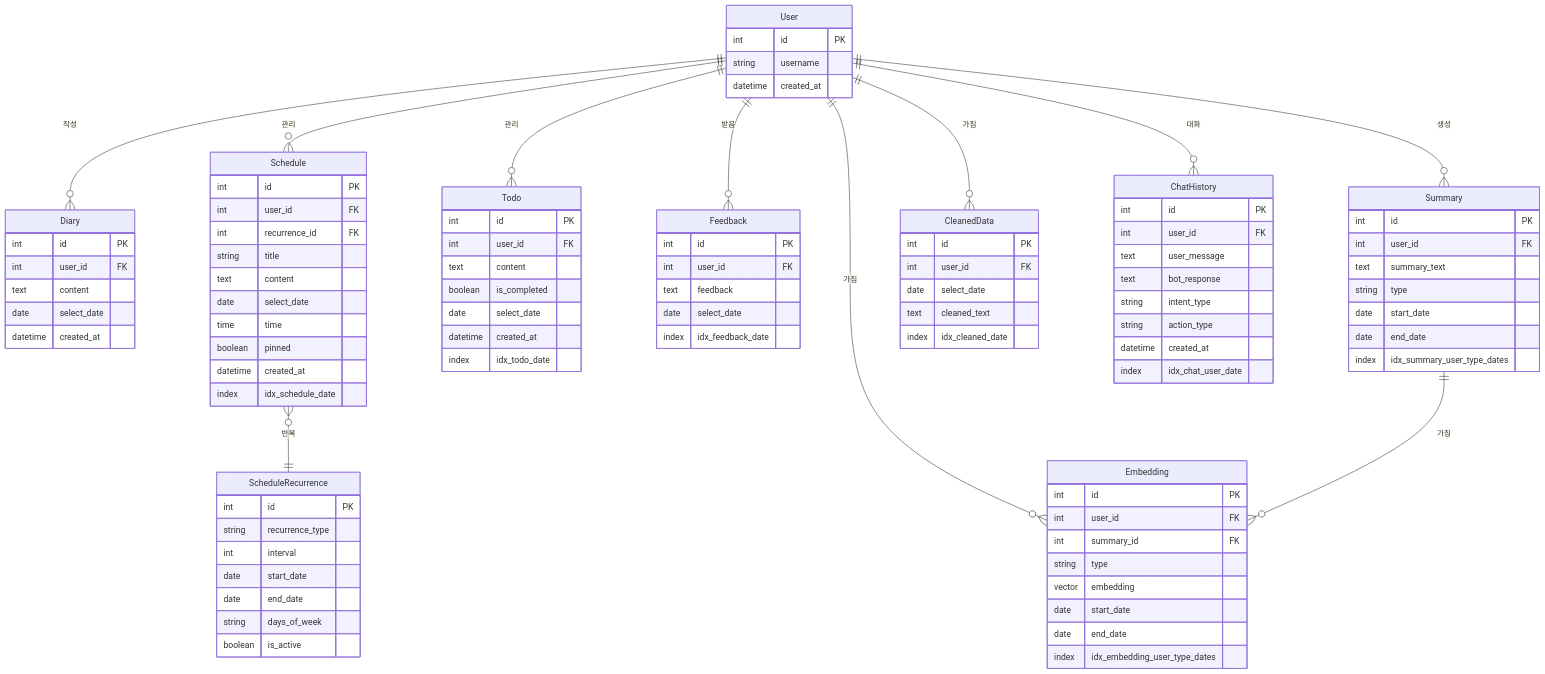
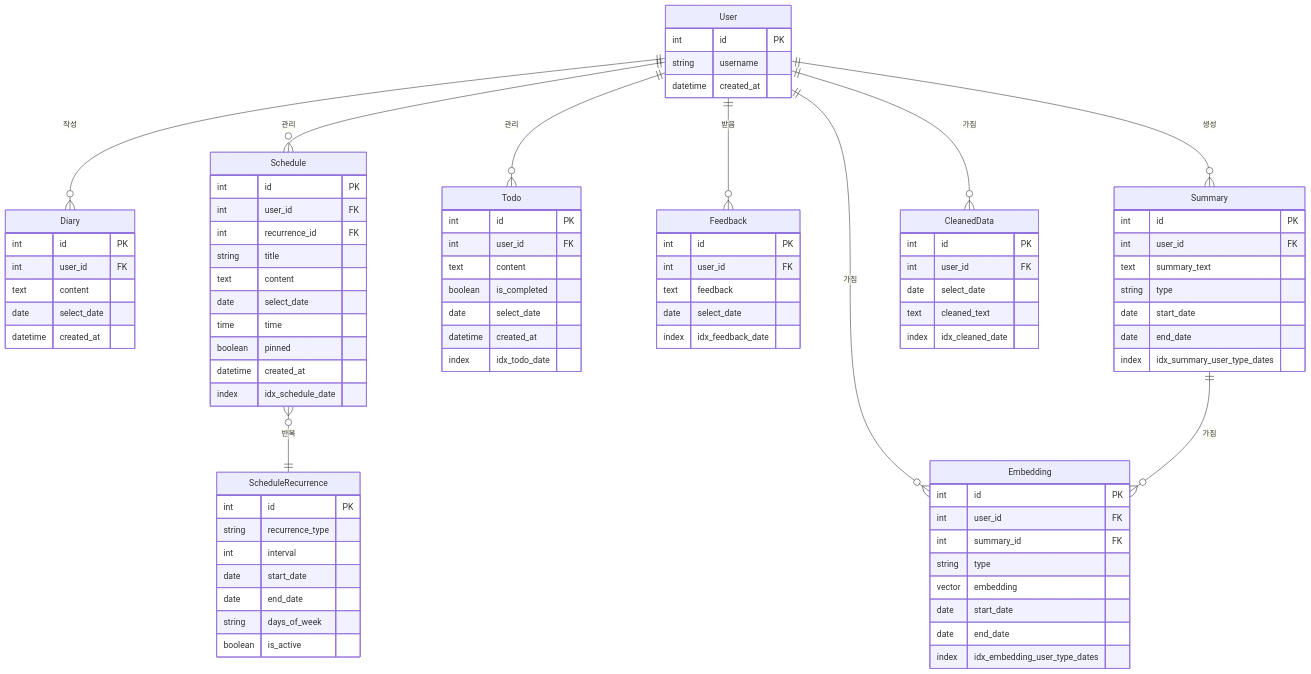
The diagram in README.md (K-MarkLee/Youtube_Search_bot), drawn with Mermaid before and after one commit. The commit also changed other lines of this file, not shown here.

```diff
--- a/README.md
+++ b/README.md
@@ -9,7 +9,6 @@
     User ||--o{ Summary : "생성"
     User ||--o{ CleanedData : "가짐"
     User ||--o{ Embedding : "가짐"
-    User ||--o{ ChatHistory : "대화"
     Summary ||--o{ Embedding : "가짐"
     Schedule }o--|| ScheduleRecurrence : "반복"
 
@@ -17,17 +16,6 @@
         int id PK
         string username
         datetime created_at
-    }
-
-    ChatHistory {
-        int id PK
-        int user_id FK
-        text user_message
-        text bot_response
-        string intent_type
-        string action_type
-        datetime created_at
-        index idx_chat_user_date
     }
 
     ScheduleRecurrence {
```
